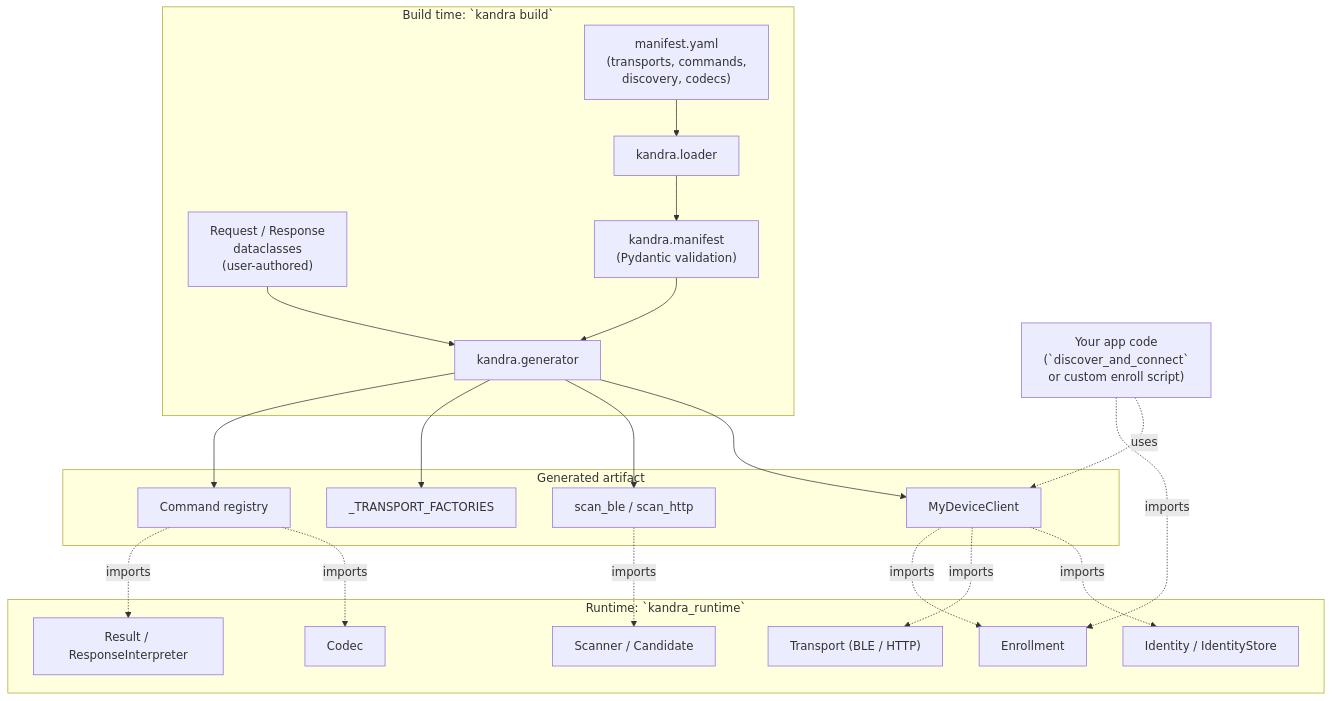
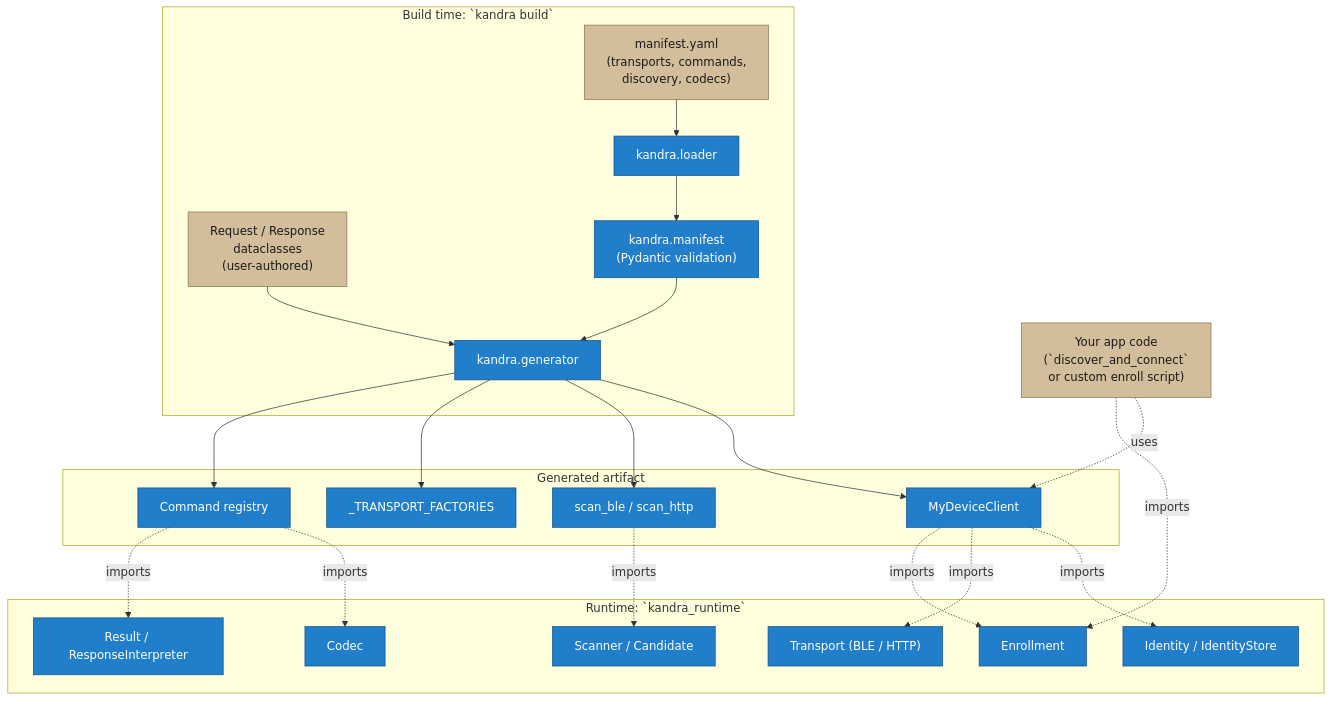
Before and after one commit to jugglingbear/kandra: the first of 3 diagrams in docs/concepts/architecture.md, drawn with Mermaid. The commit also changed 1 other file, not shown here.

Commit message:
docs: color-code diagram nodes by authorship
Color the architecture flowchart to match the home-page image legend: user-authored nodes (manifest,
request/response dataclasses, app code) in bone tan, Kandra-supplied or generated nodes (generator, generated
SDK, runtime) in Kandra blue. Record the convention and its classDef snippet in the Markdown instructions so
future diagrams follow it.

````diff
--- a/docs/concepts/architecture.md
+++ b/docs/concepts/architecture.md
@@ -11,45 +11,51 @@
 ```{mermaid}
 flowchart TB
     subgraph buildtime["Build time: `kandra build`"]
         manifest["manifest.yaml<br/>(transports, commands,<br/>discovery, codecs)"]
         handlers["Request / Response<br/>dataclasses<br/>(user-authored)"]
         loader["kandra.loader"]
         validator["kandra.manifest<br/>(Pydantic validation)"]
         generator["kandra.generator"]
         manifest --> loader --> validator --> generator
         handlers --> generator
     end
 
     subgraph artifact["Generated artifact"]
         client["MyDeviceClient"]
         scanners["scan_ble / scan_http"]
         transports["_TRANSPORT_FACTORIES"]
         registry["Command registry"]
     end
 
     subgraph runtime["Runtime: `kandra_runtime`"]
         rt_identity["Identity / IdentityStore"]
         rt_scanner["Scanner / Candidate"]
         rt_enroll["Enrollment"]
         rt_transport["Transport (BLE / HTTP)"]
         rt_codec["Codec"]
         rt_result["Result / ResponseInterpreter"]
     end
 
     usercode["Your app code<br/>(`discover_and_connect`<br/>or custom enroll script)"]
 
     generator --> client
     generator --> scanners
     generator --> transports
     generator --> registry
 
     client -. imports .-> rt_identity
     client -. imports .-> rt_transport
     client -. imports .-> rt_enroll
     scanners -. imports .-> rt_scanner
     registry -. imports .-> rt_codec
     registry -. imports .-> rt_result
 
     usercode -. uses .-> client
     usercode -. imports .-> rt_enroll
+
+    classDef user fill:#d2be9a,stroke:#8a7650,color:#1a1a1a
+    classDef kandra fill:#217eca,stroke:#14548a,color:#ffffff
+    class manifest,handlers,usercode user
+    class loader,validator,generator,client,scanners,transports,registry kandra
+    class rt_identity,rt_scanner,rt_enroll,rt_transport,rt_codec,rt_result kandra
 ```
````
